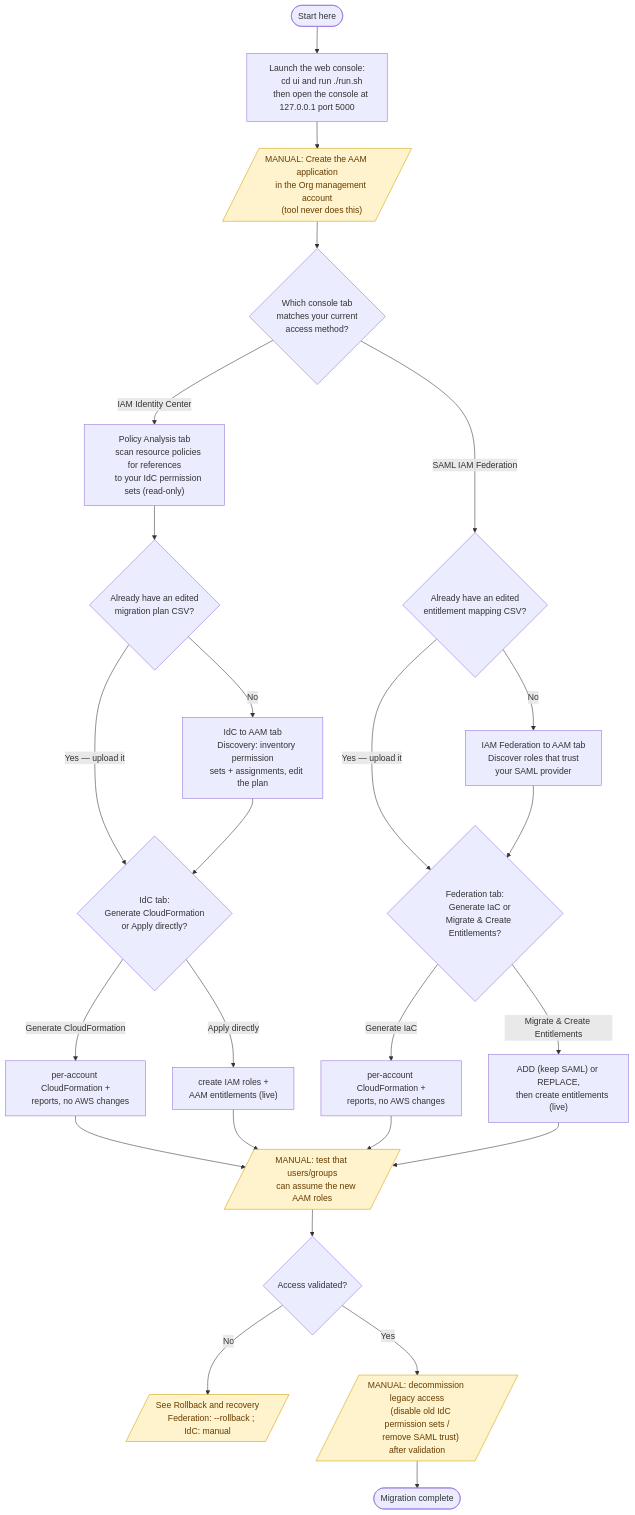
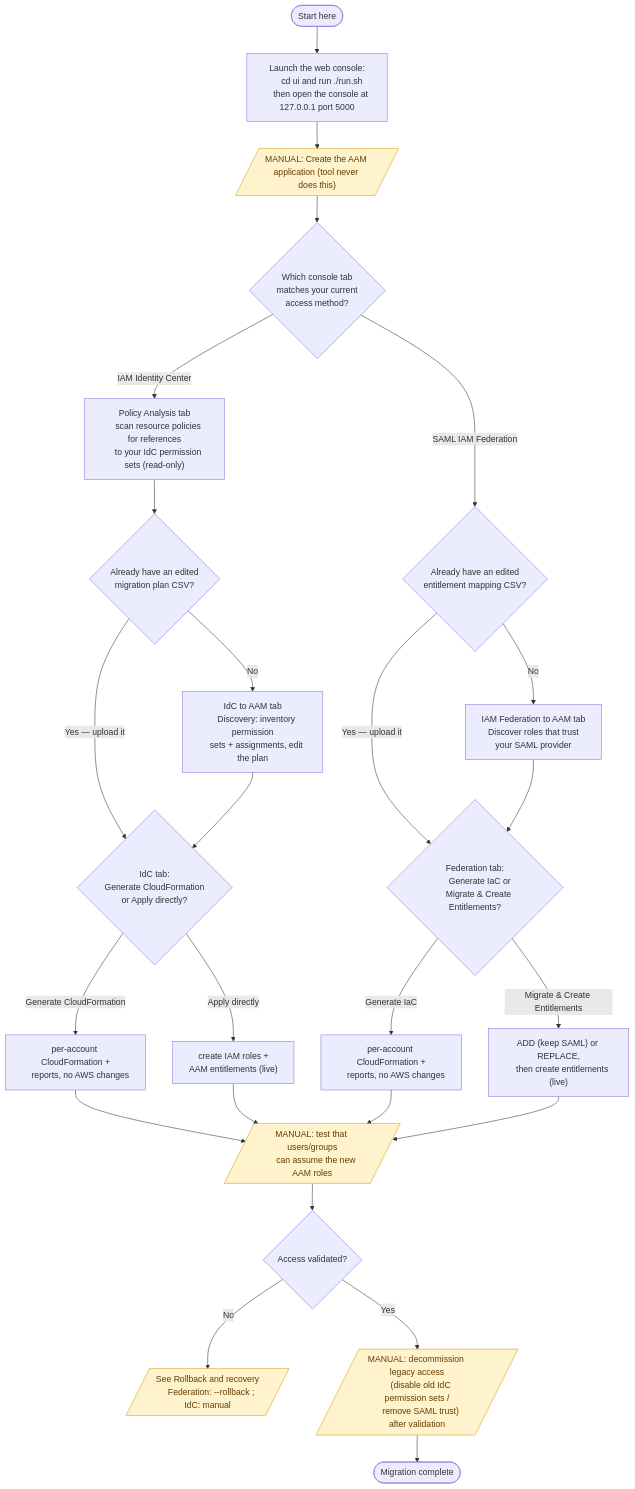
The diagram in README.md (aws-samples/sample-aam-migration-tool), drawn with Mermaid before and after one commit.

Commit message:
change wording of 2nd step

````diff
--- a/README.md
+++ b/README.md
@@ -44,65 +44,63 @@
 ```mermaid
 flowchart TD
     Start([Start here]) --> UI["Launch the web console:
     cd ui and run ./run.sh
     then open the console at 127.0.0.1 port 5000"]
 
     %% ---- Customer-owned prerequisite ----
-    UI --> Prereq[/"MANUAL: Create the AAM application
-    in the Org management account
-    (tool never does this)"/]:::manual
+    UI --> Prereq[/"MANUAL: Create the AAM application (tool never does this)"/]:::manual
 
     %% ---- Decision: which source am I migrating from? ----
     Prereq --> Decide{"Which console tab
     matches your current
     access method?"}
 
     %% ================= IdC branch =================
     Decide -->|IAM Identity Center| Scan["Policy Analysis tab
     scan resource policies for references
     to your IdC permission sets (read-only)"]
     Scan --> IdCHavePlan{"Already have an edited
     migration plan CSV?"}
     IdCHavePlan -->|No| IdC["IdC to AAM tab
     Discovery: inventory permission
     sets + assignments, edit the plan"]
     IdCHavePlan -->|"Yes — upload it"| IdCMode
     IdC --> IdCMode{"IdC tab:
     Generate CloudFormation
     or Apply directly?"}
     IdCMode -->|Generate CloudFormation| IdCIaC["per-account CloudFormation +
     reports, no AWS changes"]
     IdCMode -->|Apply directly| IdCApply["create IAM roles +
     AAM entitlements (live)"]
     IdCIaC --> Test
     IdCApply --> Test
 
     %% ============= IAM Federation branch =============
     Decide -->|SAML IAM Federation| FedHavePlan{"Already have an edited
     entitlement mapping CSV?"}
     FedHavePlan -->|No| Fed["IAM Federation to AAM tab
     Discover roles that trust
     your SAML provider"]
     FedHavePlan -->|"Yes — upload it"| FedMode
     Fed --> FedMode{"Federation tab:
     Generate IaC or
     Migrate & Create Entitlements?"}
     FedMode -->|Generate IaC| FedIaC["per-account CloudFormation +
     reports, no AWS changes"]
     FedMode -->|"Migrate & Create Entitlements"| FedApply["ADD (keep SAML) or REPLACE,
     then create entitlements (live)"]
     FedIaC --> Test
     FedApply --> Test
 
     %% ---- Customer-owned validation & cutover (shared) ----
     Test[/"MANUAL: test that users/groups
     can assume the new AAM roles"/]:::manual --> Ok{"Access validated?"}
     Ok -->|No| Rollback[/"See Rollback and recovery
     Federation: --rollback ; IdC: manual"/]:::manual
     Ok -->|Yes| Decom[/"MANUAL: decommission legacy access
     (disable old IdC permission sets /
     remove SAML trust) after validation"/]:::manual
     Decom --> Done([Migration complete])
 
     classDef manual fill:#fff3cd,stroke:#d39e00,color:#663c00;
 ```
````
